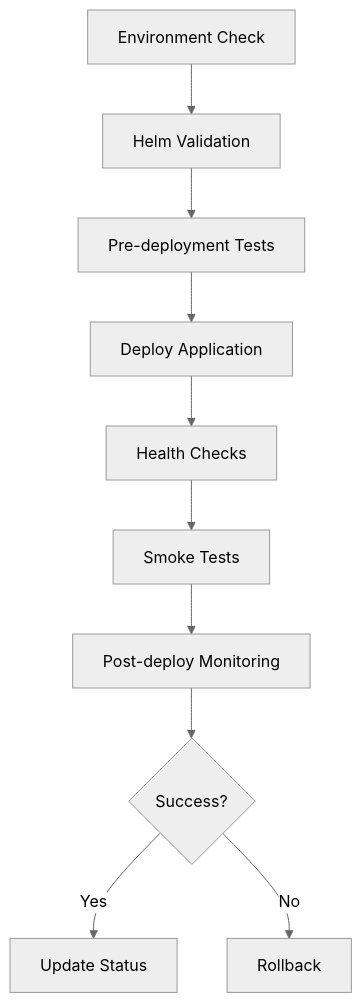
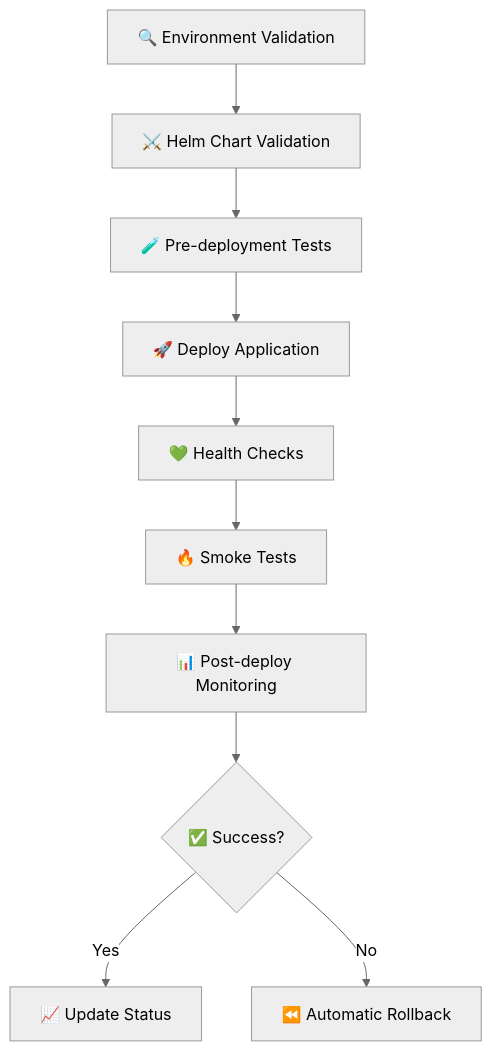
The fourth of 6 diagrams in Docs/ci-cd/pipeline-architecture.md (ribatshepo/WorkFlowOchestrator), drawn with Mermaid (neutral theme) before and after one commit. The commit also changed other lines of this file and 3 other files, not shown here.

First line of the commit message:
Enhance CI/CD Documentation and Architecture

````diff
--- a/Docs/ci-cd/pipeline-architecture.md
+++ b/Docs/ci-cd/pipeline-architecture.md
@@ -209,12 +222,12 @@
 ```mermaid
 graph TB
-    A[Environment Check] --> B[Helm Validation]
-    B --> C[Pre-deployment Tests]
-    C --> D[Deploy Application]
-    D --> E[Health Checks]
-    E --> F[Smoke Tests]
-    F --> G[Post-deploy Monitoring]
-    G --> H{Success?}
-    H -->|Yes| I[Update Status]
-    H -->|No| J[Rollback]
+    A[🔍 Environment Validation] --> B[⚔️ Helm Chart Validation]
+    B --> C[🧪 Pre-deployment Tests]
+    C --> D[🚀 Deploy Application]
+    D --> E[💚 Health Checks]
+    E --> F[🔥 Smoke Tests]
+    F --> G[📊 Post-deploy Monitoring]
+    G --> H{✅ Success?}
+    H -->|Yes| I[📈 Update Status]
+    H -->|No| J[⏪ Automatic Rollback]
 ```
````
